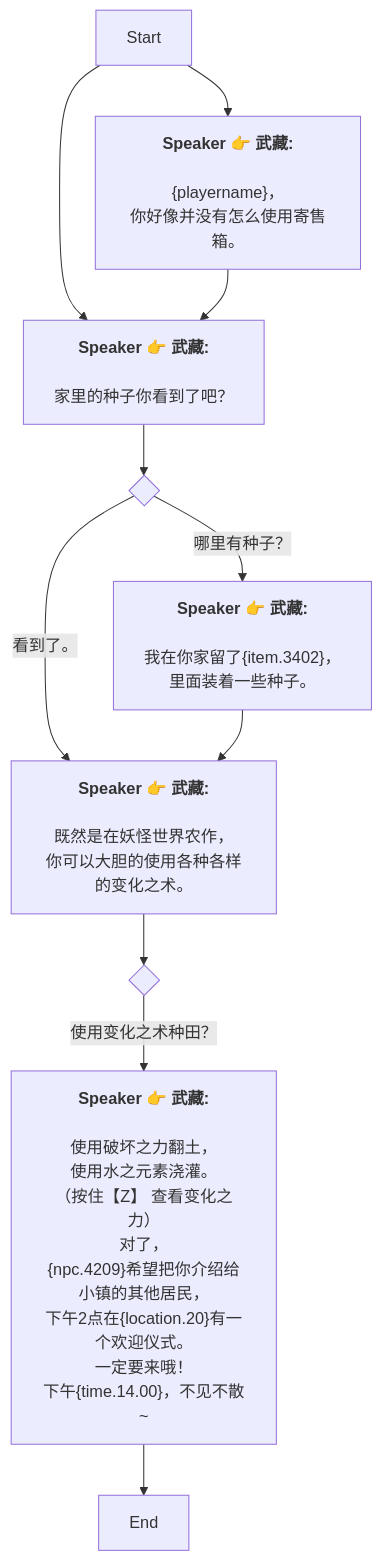
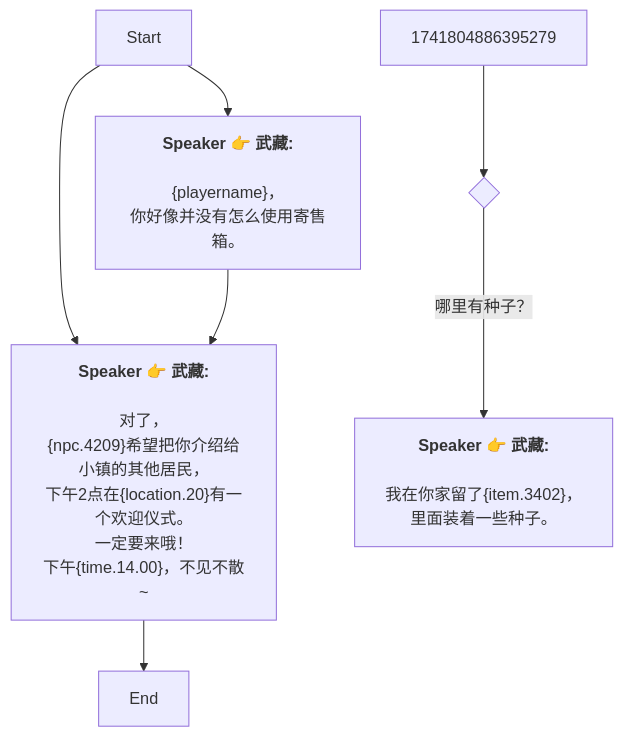
The diagram in Zh/QuestStartTalkENode_1741804807948684.md (SoftHu/tos_avg), drawn with Mermaid before and after one commit. The commit also changed 312 other files, not shown here.

````diff
--- a/Zh/QuestStartTalkENode_1741804807948684.md
+++ b/Zh/QuestStartTalkENode_1741804807948684.md
@@ -1,39 +1,28 @@
 ```mermaid
 graph
 Start -->1763771107802819[<b>Speaker 👉 武藏:</b>
 
 &lbrace;playername&rbrace;，
 你好像并没有怎么使用寄售箱。]
-Start -->1741804886395279[<b>Speaker 👉 武藏:</b>
+Start -->1741805123273116[<b>Speaker 👉 武藏:</b>
 
-家里的种子你看到了吧？]
-1763771107802819 -->1741804886395279[<b>Speaker 👉 武藏:</b>
+对了，
+&lbrace;npc.4209&rbrace;希望把你介绍给小镇的其他居民，
+下午2点在&lbrace;location.20&rbrace;有一个欢迎仪式。
+一定要来哦！
+下午&lbrace;time.14.00&rbrace;，不见不散~]
+1763771107802819 -->1741805123273116[<b>Speaker 👉 武藏:</b>
 
-家里的种子你看到了吧？]
-1741804886395279 -->1741804968039824{ }
-1741804968039824 -->|哪里有种子？|1741804982096277[<b>Speaker 👉 武藏:</b>
-
-我在你家留了&lbrace;item.3402&rbrace;，
-里面装着一些种子。]
-1741804968039824 -->|看到了。|1741805025914262[<b>Speaker 👉 武藏:</b>
-
-既然是在妖怪世界农作，
-你可以大胆的使用各种各样的变化之术。]
-1741804982096277 -->1741805025914262[<b>Speaker 👉 武藏:</b>
-
-既然是在妖怪世界农作，
-你可以大胆的使用各种各样的变化之术。]
-1741805025914262 -->1741805099132311{ }
-1741805099132311 -->|使用变化之术种田？|1741805123273116[<b>Speaker 👉 武藏:</b>
-
-使用破坏之力翻土，
-使用水之元素浇灌。
-（按住【Z】 查看变化之力）
 对了，
 &lbrace;npc.4209&rbrace;希望把你介绍给小镇的其他居民，
 下午2点在&lbrace;location.20&rbrace;有一个欢迎仪式。
 一定要来哦！
 下午&lbrace;time.14.00&rbrace;，不见不散~]
 1741805123273116 -->1741805387044261[End]
+1741804886395279 -->1741804968039824{ }
+1741804968039824 -->|哪里有种子？|1741804982096277[<b>Speaker 👉 武藏:</b>
+
+我在你家留了&lbrace;item.3402&rbrace;，
+里面装着一些种子。]
 
  ```
````
